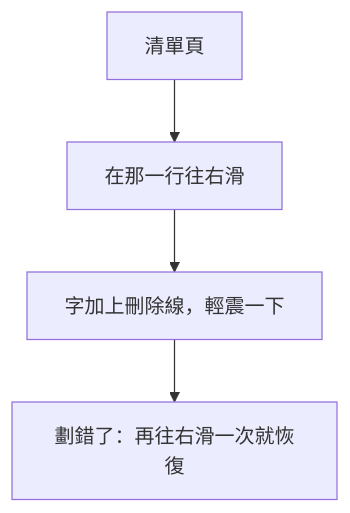
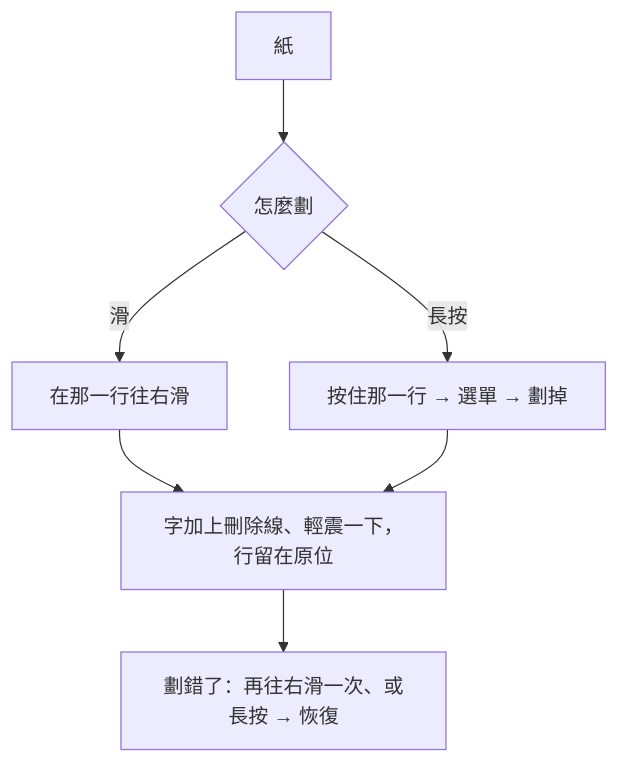
One commit to domyweb666/qieji-app changed the fourth of 7 diagrams in .uiux/02-流程-暫定.md. Above: the diagram before and after it, drawn with Mermaid. The commit also changed other lines of this file and 9 other files, not shown here.

````diff
--- a/.uiux/02-流程-暫定.md
+++ b/.uiux/02-流程-暫定.md
@@ -81,6 +81,9 @@
 ```mermaid
 flowchart TD
-  A[清單頁] --> B[在那一行往右滑]
-  B --> C[字加上刪除線，輕震一下]
-  C --> D[劃錯了：再往右滑一次就恢復]
+  A[紙] --> B{怎麼劃}
+  B -- 滑 --> C[在那一行往右滑]
+  B -- 長按 --> D[按住那一行 → 選單 → 劃掉]
+  C --> E[字加上刪除線、輕震一下，行留在原位]
+  D --> E
+  E --> F[劃錯了：再往右滑一次、或長按 → 恢復]
 ```
````
